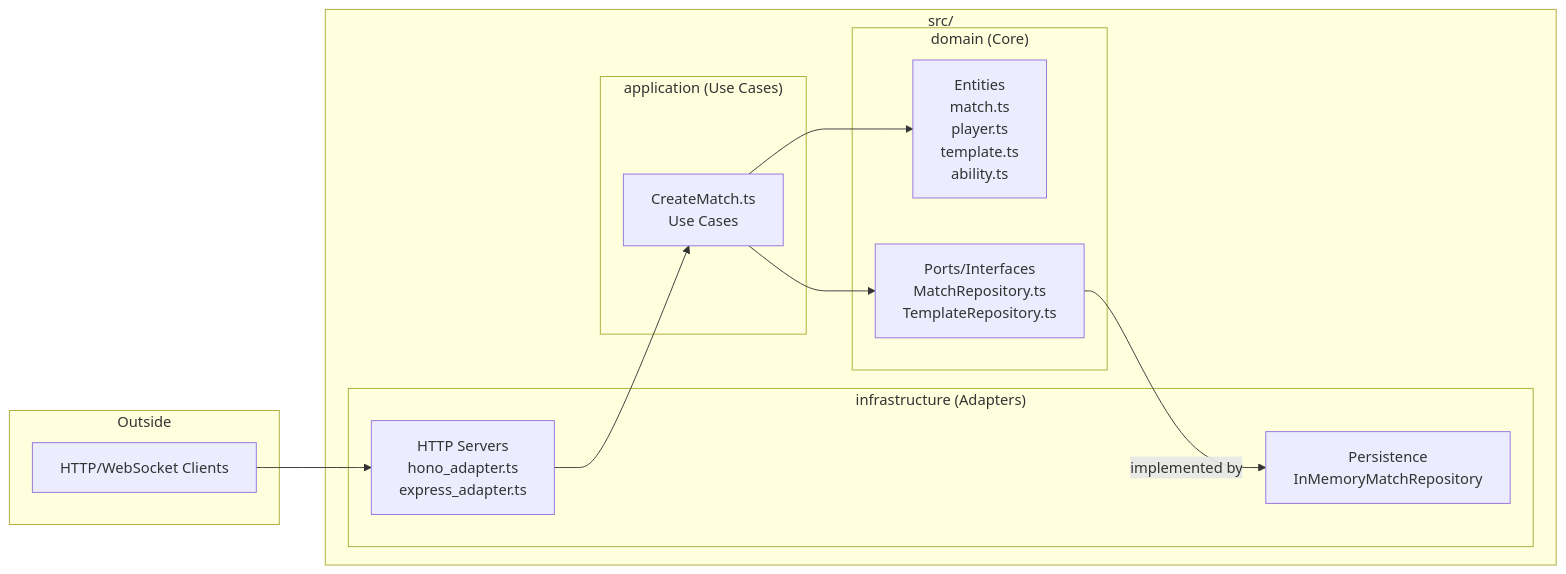
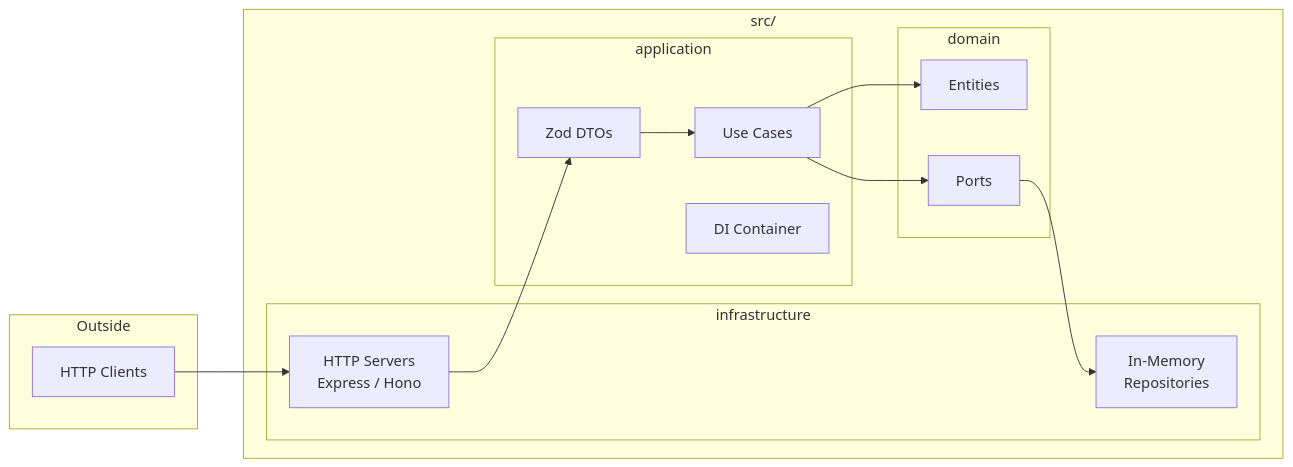
The second of 2 diagrams in docs/architecture.md (MohamedAljoke/social-deduction-game), drawn with Mermaid before and after one commit. The commit also changed other lines of this file and 2 other files, not shown here.

````diff
--- a/docs/architecture.md
+++ b/docs/architecture.md
@@ -120,28 +103,31 @@
 ```mermaid
 flowchart LR
     subgraph "Outside"
-        Client[HTTP/WebSocket Clients]
+        Client[HTTP Clients]
     end
 
     subgraph "src/"
-        subgraph "infrastructure (Adapters)"
-            HTTP[HTTP Servers<br/>hono_adapter.ts<br/>express_adapter.ts]
-            Persistence[Persistence<br/>InMemoryMatchRepository]
+        subgraph "infrastructure"
+            HTTP[HTTP Servers<br/>Express / Hono]
+            Persistence[In-Memory<br/>Repositories]
         end
 
-        subgraph "application (Use Cases)"
-            UseCases[CreateMatch.ts<br/>Use Cases]
+        subgraph "application"
+            UseCases[Use Cases]
+            DTOs[Zod DTOs]
+            Container[DI Container]
         end
 
-        subgraph "domain (Core)"
-            Entities[Entities<br/>match.ts<br/>player.ts<br/>template.ts<br/>ability.ts]
-            Ports[Ports/Interfaces<br/>MatchRepository.ts<br/>TemplateRepository.ts]
+        subgraph "domain"
+            Entities[Entities]
+            Ports[Ports]
         end
     end
 
     Client --> HTTP
-    HTTP --> UseCases
+    HTTP --> DTOs
+    DTOs --> UseCases
     UseCases --> Ports
     UseCases --> Entities
-    Ports -->|implemented by| Persistence
+    Ports --> Persistence
 ```
````
